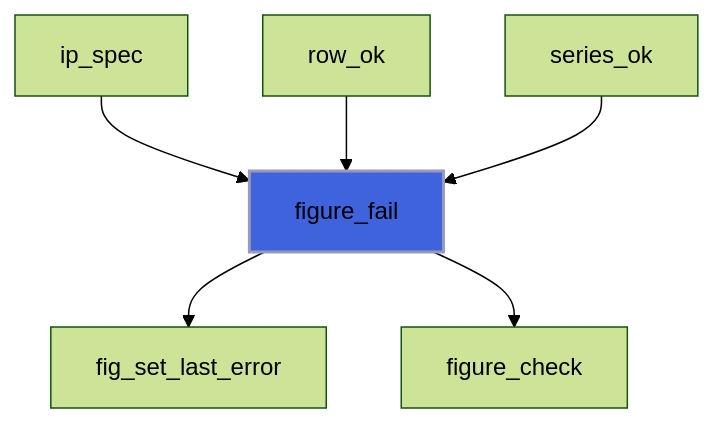
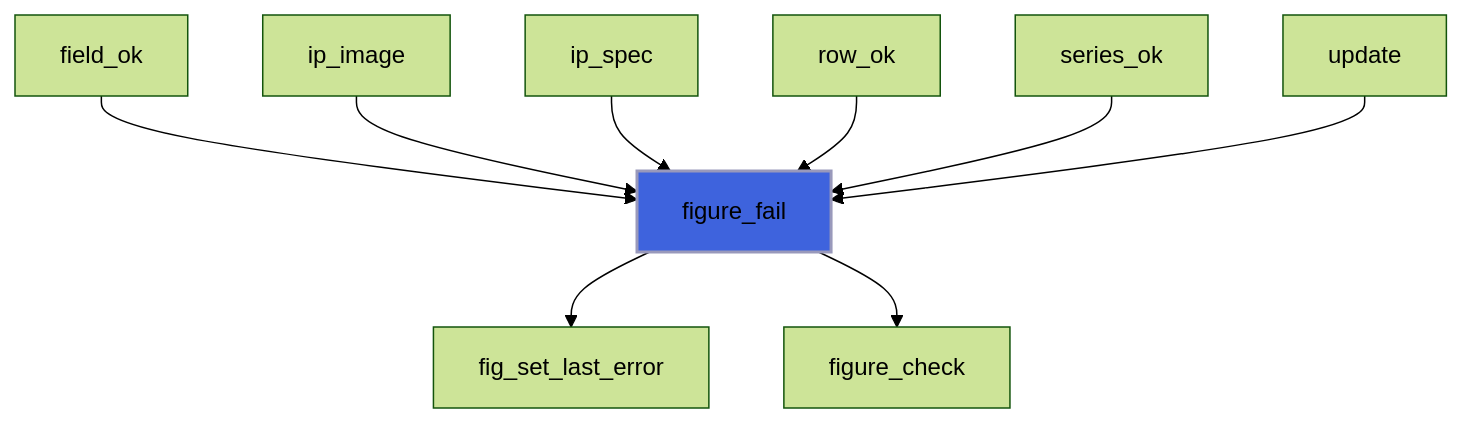
The third of 5 diagrams in docs/api/src/lib/figure_base.md (szaghi/figure), drawn with Mermaid (forest theme) before and after one commit. The commit also changed other lines of this file and 30 other files, not shown here.

````diff
--- a/docs/api/src/lib/figure_base.md
+++ b/docs/api/src/lib/figure_base.md
@@ -92,9 +97,12 @@
 ```mermaid
 flowchart TD
+  field_ok["field_ok"] --> figure_fail["figure_fail"]
+  ip_image["ip_image"] --> figure_fail["figure_fail"]
   ip_spec["ip_spec"] --> figure_fail["figure_fail"]
   row_ok["row_ok"] --> figure_fail["figure_fail"]
   series_ok["series_ok"] --> figure_fail["figure_fail"]
+  update["update"] --> figure_fail["figure_fail"]
   figure_fail["figure_fail"] --> fig_set_last_error["fig_set_last_error"]
   figure_fail["figure_fail"] --> figure_check["figure_check"]
   style figure_fail fill:#3e63dd,stroke:#99b,stroke-width:2px
 ```
````
